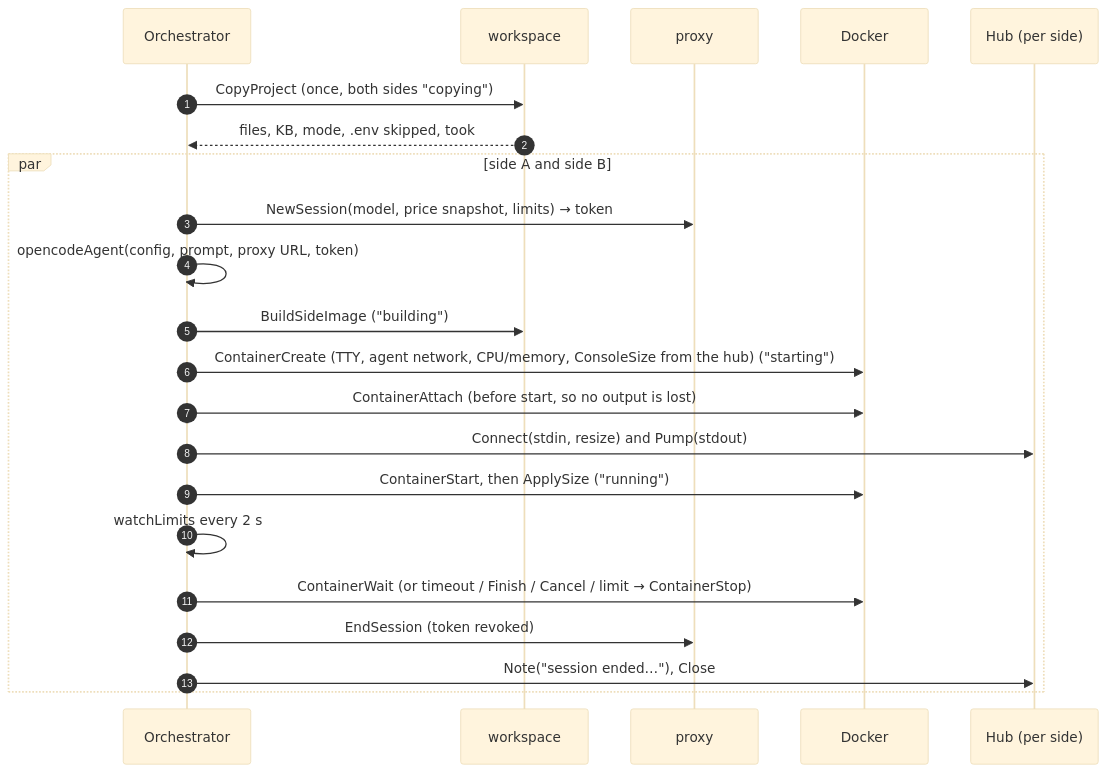
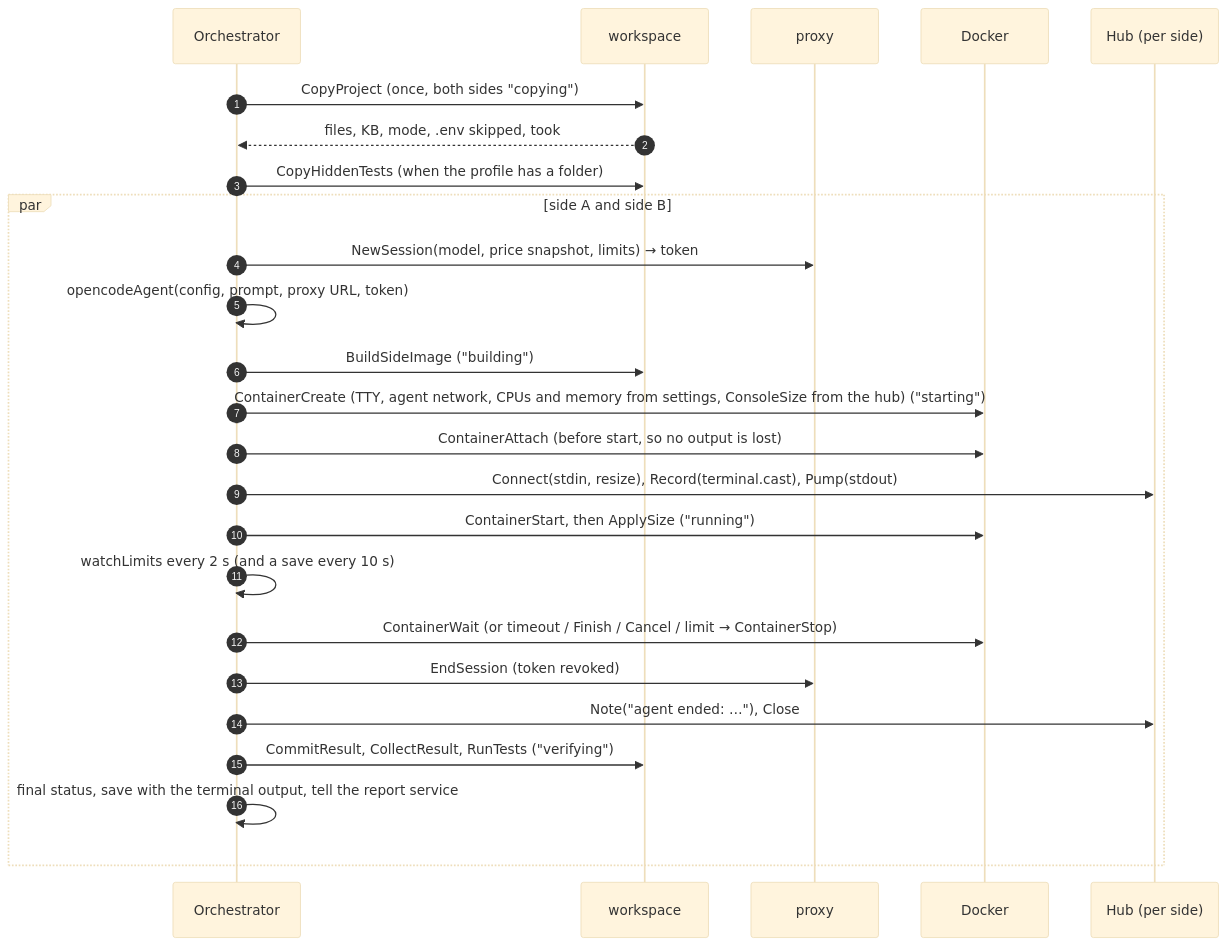
The first of 2 diagrams in doc/04-comparison-lifecycle.md (jmrona/ai-compare), drawn with Mermaid (base theme) before and after one commit. The commit also changed other lines of this file and 20 other files, not shown here.

````diff
--- a/doc/04-comparison-lifecycle.md
+++ b/doc/04-comparison-lifecycle.md
@@ -40,24 +40,27 @@
 ```mermaid
 sequenceDiagram
   autonumber
   participant O as Orchestrator
   participant W as workspace
   participant P as proxy
   participant D as Docker
   participant H as Hub (per side)
   O->>W: CopyProject (once, both sides "copying")
   W-->>O: files, KB, mode, .env skipped, took
+  O->>W: CopyHiddenTests (when the profile has a folder)
   par side A and side B
     O->>P: NewSession(model, price snapshot, limits) → token
     O->>O: opencodeAgent(config, prompt, proxy URL, token)
     O->>W: BuildSideImage ("building")
-    O->>D: ContainerCreate (TTY, agent network, CPU/memory, ConsoleSize from the hub) ("starting")
+    O->>D: ContainerCreate (TTY, agent network, CPUs and memory from settings, ConsoleSize from the hub) ("starting")
     O->>D: ContainerAttach (before start, so no output is lost)
-    O->>H: Connect(stdin, resize) and Pump(stdout)
+    O->>H: Connect(stdin, resize), Record(terminal.cast), Pump(stdout)
     O->>D: ContainerStart, then ApplySize ("running")
-    O->>O: watchLimits every 2 s
+    O->>O: watchLimits every 2 s (and a save every 10 s)
     O->>D: ContainerWait (or timeout / Finish / Cancel / limit → ContainerStop)
     O->>P: EndSession (token revoked)
-    O->>H: Note("session ended…"), Close
+    O->>H: Note("agent ended: …"), Close
+    O->>W: CommitResult, CollectResult, RunTests ("verifying")
+    O->>O: final status, save with the terminal output, tell the report service
   end
 ```
````
